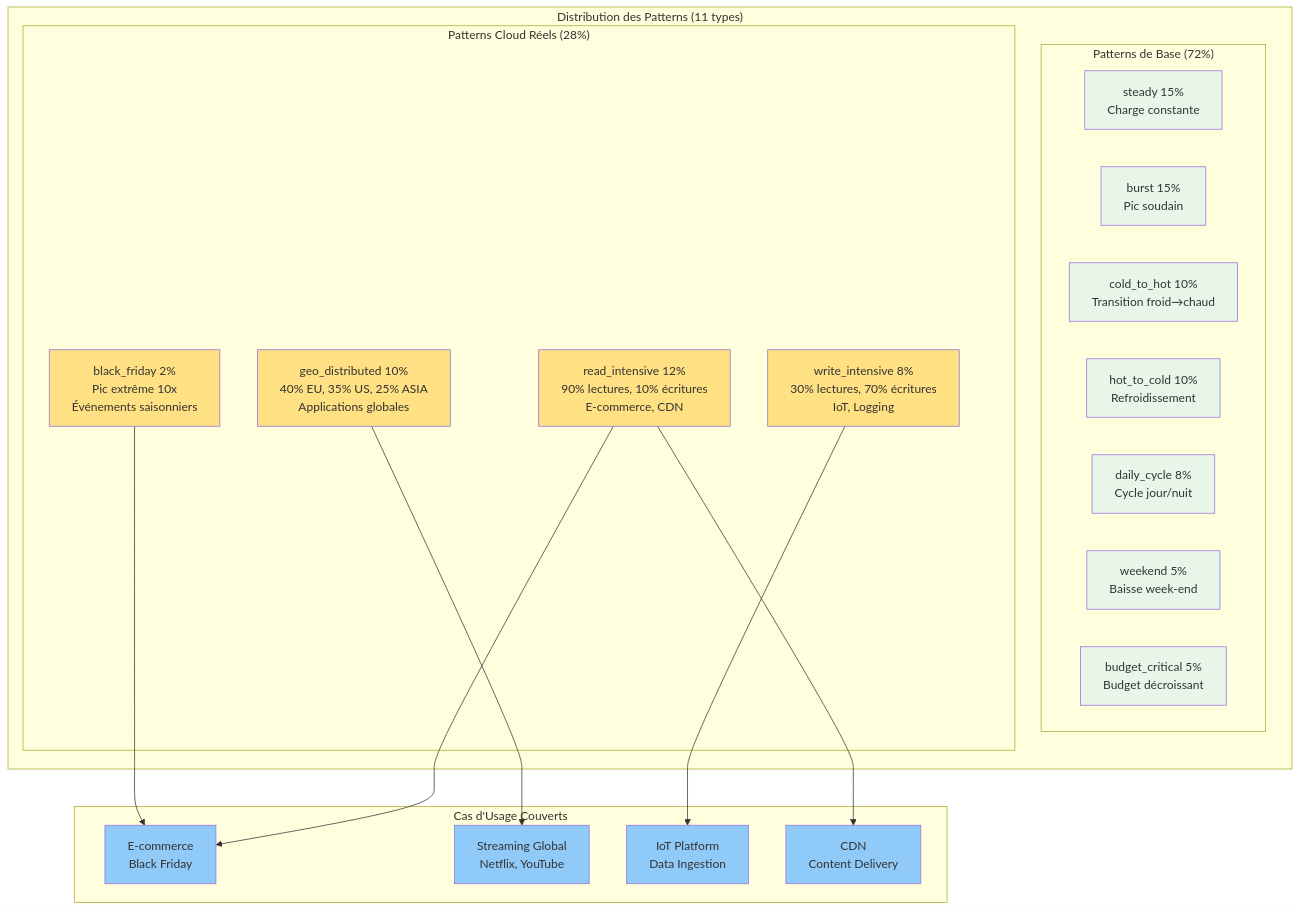
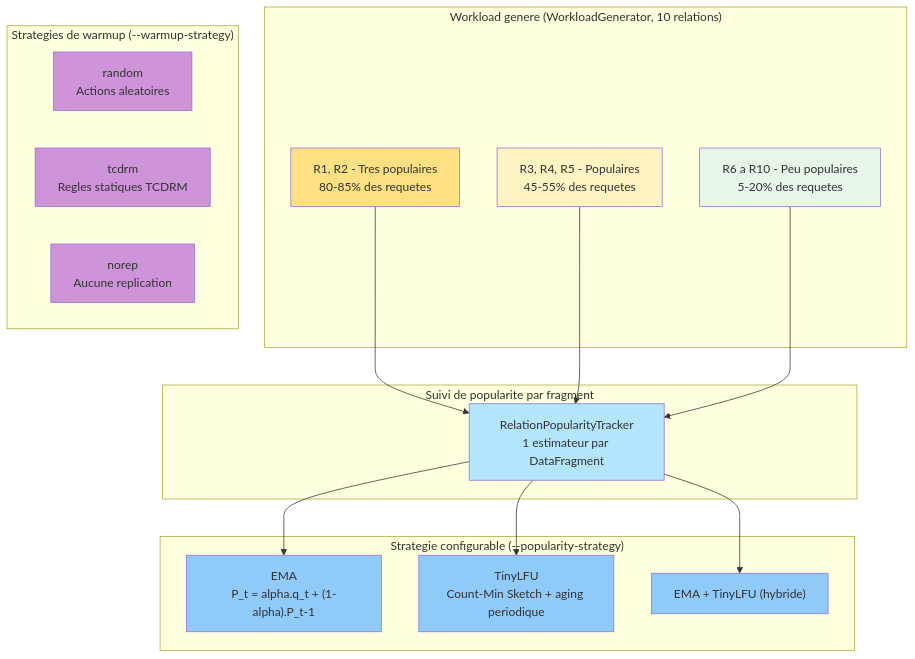
The second of 10 diagrams in docs/workflow_diagrams_2024.md (valdoth/tcdm-adaptive), drawn with Mermaid before and after one commit. The commit also changed other lines of this file and 84 other files, not shown here.

````diff
--- a/docs/workflow_diagrams_2024.md
+++ b/docs/workflow_diagrams_2024.md
@@ -63,50 +74,42 @@
 ```mermaid
 graph TB
-    subgraph "Distribution des Patterns (11 types)"
-        subgraph "Patterns de Base (72%)"
-            P1[steady 15%<br/>Charge constante]
-            P2[burst 15%<br/>Pic soudain]
-            P3[cold_to_hot 10%<br/>Transition froid→chaud]
-            P4[hot_to_cold 10%<br/>Refroidissement]
-            P5[daily_cycle 8%<br/>Cycle jour/nuit]
-            P6[weekend 5%<br/>Baisse week-end]
-            P7[budget_critical 5%<br/>Budget décroissant]
-        end
-        
-        subgraph "Patterns Cloud Réels (28%)"
-            P8[read_intensive 12%<br/>90% lectures, 10% écritures<br/>E-commerce, CDN]
-            P9[write_intensive 8%<br/>30% lectures, 70% écritures<br/>IoT, Logging]
-            P10[geo_distributed 10%<br/>40% EU, 35% US, 25% ASIA<br/>Applications globales]
-            P11[black_friday 2%<br/>Pic extrême 10x<br/>Événements saisonniers]
-        end
+    subgraph "Workload genere (WorkloadGenerator, 10 relations)"
+        R1["R1, R2 - Tres populaires<br/>80-85% des requetes"]
+        R2["R3, R4, R5 - Populaires<br/>45-55% des requetes"]
+        R3["R6 a R10 - Peu populaires<br/>5-20% des requetes"]
     end
-    
-    subgraph "Cas d'Usage Couverts"
-        UC1[E-commerce<br/>Black Friday]
-        UC2[Streaming Global<br/>Netflix, YouTube]
-        UC3[IoT Platform<br/>Data Ingestion]
-        UC4[CDN<br/>Content Delivery]
+
+    subgraph "Suivi de popularite par fragment"
+        TRACK["RelationPopularityTracker<br/>1 estimateur par DataFragment"]
     end
-    
-    P8 --> UC1
-    P11 --> UC1
-    P10 --> UC2
-    P9 --> UC3
-    P8 --> UC4
-    
-    style P1 fill:#E8F5E9
-    style P2 fill:#E8F5E9
-    style P3 fill:#E8F5E9
-    style P4 fill:#E8F5E9
-    style P5 fill:#E8F5E9
-    style P6 fill:#E8F5E9
-    style P7 fill:#E8F5E9
-    style P8 fill:#FFE082
-    style P9 fill:#FFE082
-    style P10 fill:#FFE082
-    style P11 fill:#FFE082
-    style UC1 fill:#90CAF9
-    style UC2 fill:#90CAF9
-    style UC3 fill:#90CAF9
-    style UC4 fill:#90CAF9
+
+    subgraph "Strategie configurable (--popularity-strategy)"
+        EMA["EMA<br/>P_t = alpha.q_t + (1-alpha).P_t-1"]
+        TLFU["TinyLFU<br/>Count-Min Sketch + aging periodique"]
+        HYB["EMA + TinyLFU (hybride)"]
+    end
+
+    subgraph "Strategies de warmup (--warmup-strategy)"
+        WR["random<br/>Actions aleatoires"]
+        WT["tcdrm<br/>Regles statiques TCDRM"]
+        WN["norep<br/>Aucune replication"]
+    end
+
+    R1 --> TRACK
+    R2 --> TRACK
+    R3 --> TRACK
+    TRACK --> EMA
+    TRACK --> TLFU
+    TRACK --> HYB
+
+    style R1 fill:#FFE082
+    style R2 fill:#FFF3C4
+    style R3 fill:#E8F5E9
+    style TRACK fill:#B3E5FC
+    style EMA fill:#90CAF9
+    style TLFU fill:#90CAF9
+    style HYB fill:#90CAF9
+    style WR fill:#CE93D8
+    style WT fill:#CE93D8
+    style WN fill:#CE93D8
 ```
````
